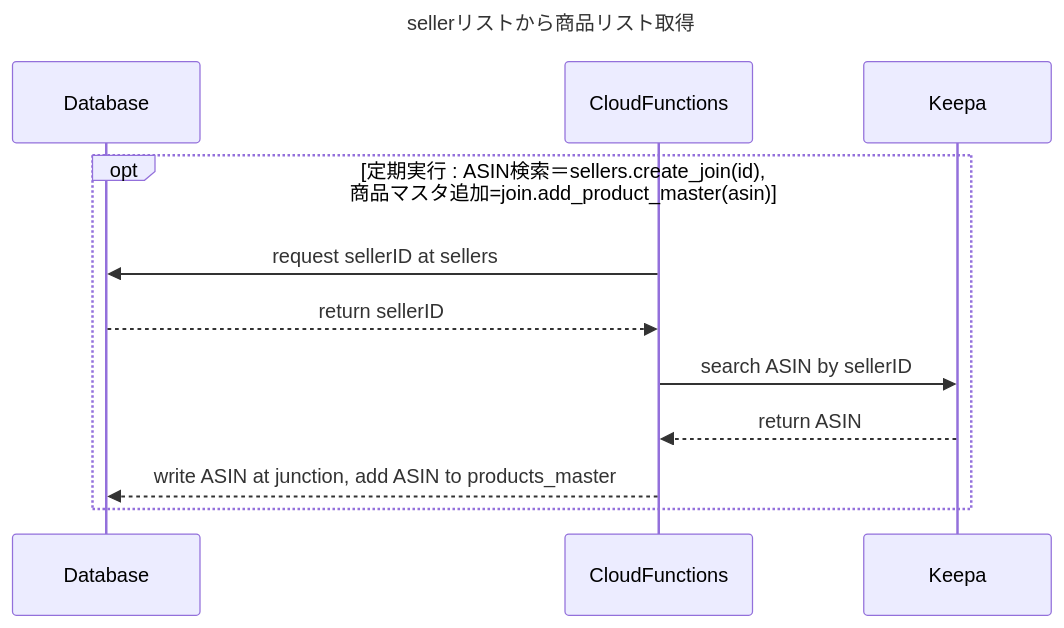
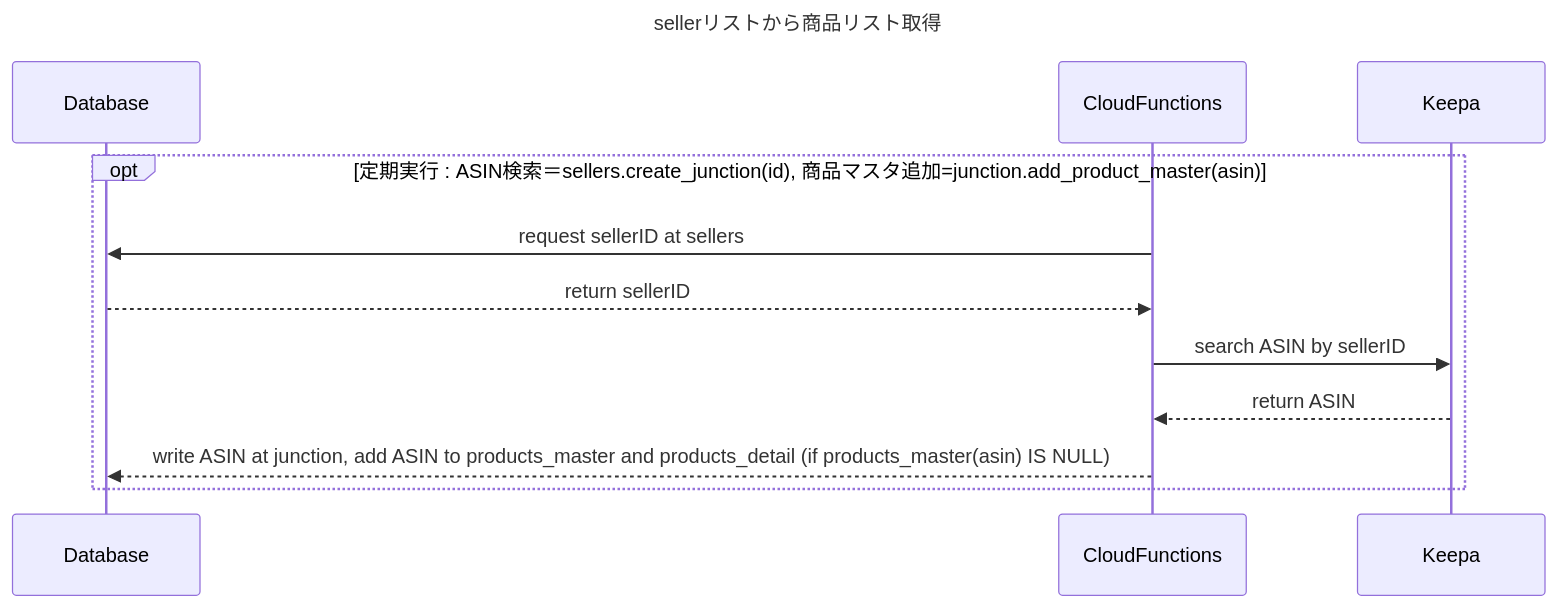
Before and after one commit to Hanato238/ASIN_search_dev: the diagram in SQ/research_SQ_get_asin.md, drawn with Mermaid. The commit also changed 14 other files, not shown here.

````diff
--- a/SQ/research_SQ_get_asin.md
+++ b/SQ/research_SQ_get_asin.md
@@ -1,17 +1,17 @@
 ```mermaid
 ---
 title: 'sellerリストから商品リスト取得'
 ---
 sequenceDiagram
     participant db as Database
     participant cf as CloudFunctions
     participant keepa as Keepa
 
-        opt 定期実行 : ASIN検索＝sellers.create_join(id), 商品マスタ追加=join.add_product_master(asin)
+        opt 定期実行 : ASIN検索＝sellers.create_junction(id), 商品マスタ追加=junction.add_product_master(asin)
             cf ->> db : request sellerID at sellers
             db -->> cf : return sellerID
             cf ->> keepa : search ASIN by sellerID
             keepa -->> cf : return ASIN
-            cf -->> db : write ASIN at junction, add ASIN to products_master
+            cf -->> db : write ASIN at junction, add ASIN to products_master and products_detail (if products_master(asin) IS NULL)
         end
 ```
````
